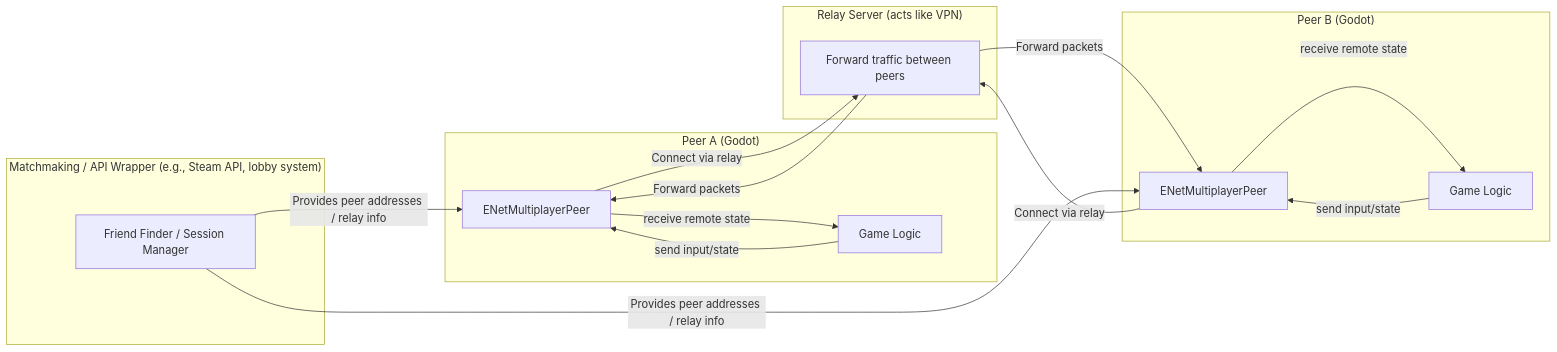
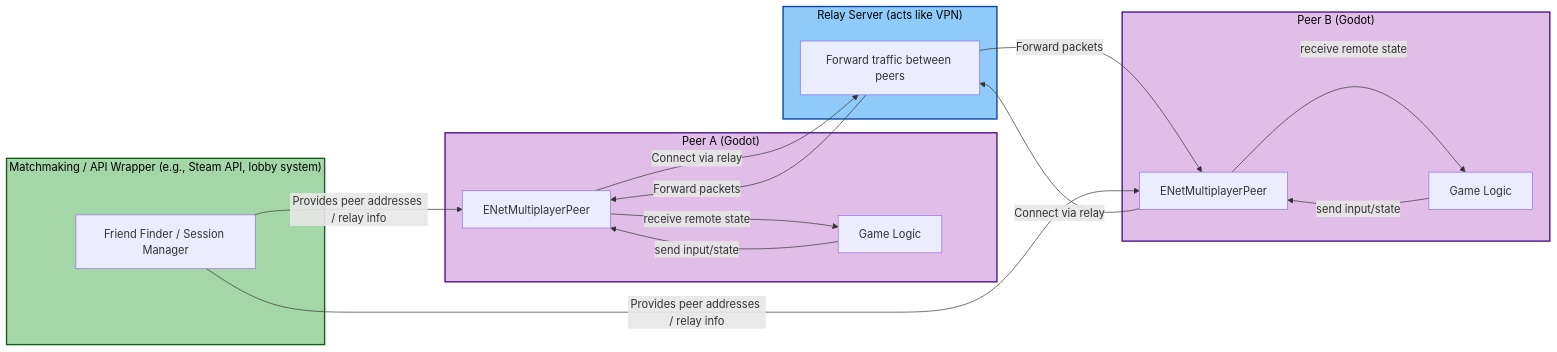
Before and after one commit to carlosnunez09/carlosnunez: the second of 2 diagrams in content/Posts/Py&Godot.md, drawn with Mermaid. The commit also changed other lines of this file, not shown here.

```diff
--- a/content/Posts/Py&Godot.md
+++ b/content/Posts/Py&Godot.md
@@ -56,32 +56,37 @@
 <div class="mermaid">
 flowchart LR
- subgraph PeerA["Peer A (Godot)"]
+    subgraph PeerA["Peer A (Godot)"]
         A1["ENetMultiplayerPeer"]
         A2["Game Logic"]
-  end
- subgraph PeerB["Peer B (Godot)"]
+    end
+    subgraph PeerB["Peer B (Godot)"]
         B1["ENetMultiplayerPeer"]
         B2["Game Logic"]
-  end
- subgraph Relay["Relay Server (acts like VPN)"]
+    end
+    subgraph Relay["Relay Server (acts like VPN)"]
         R1["Forward traffic between peers"]
-  end
- subgraph Wrapper["Matchmaking / API Wrapper (e.g., Steam API, lobby system)"]
+    end
+    subgraph Wrapper["Matchmaking / API Wrapper (e.g., Steam API, lobby system)"]
         W1["Friend Finder / Session Manager"]
-  end
+    end
     A1 -- Connect via relay --> R1
     B1 -- Connect via relay --> R1
     R1 -- Forward packets --> A1
     R1 -- Forward packets --> B1
     A2 -- send input/state --> A1
     B2 -- send input/state --> B1
     A1 -- receive remote state --> A2
     B1 -- receive remote state --> B2
     W1 -- Provides peer addresses / relay info --> A1
     W1 -- Provides peer addresses / relay info --> B1
-
-    classDef peer fill:#f9f,stroke:#333,stroke-width:1px
-    classDef relay fill:#bbf,stroke:#333,stroke-width:1px
-    classDef wrapper fill:#cfc,stroke:#333,stroke-width:1px
-   
+    
+    classDef peer fill:#e1bee7,stroke:#4a148c,stroke-width:2px,color:#000
+    classDef relay fill:#90caf9,stroke:#0d47a1,stroke-width:2px,color:#000
+    classDef wrapper fill:#a5d6a7,stroke:#1b5e20,stroke-width:2px,color:#000
+    classDef peerDark fill:#4a148c,stroke:#e1bee7,stroke-width:2px,color:#fff
+    classDef relayDark fill:#0d47a1,stroke:#90caf9,stroke-width:2px,color:#fff
+    classDef wrapperDark fill:#1b5e20,stroke:#a5d6a7,stroke-width:2px,color:#fff
+    class PeerA,PeerB peer
+    class Relay relay
+    class Wrapper wrapper
 </div>
```
